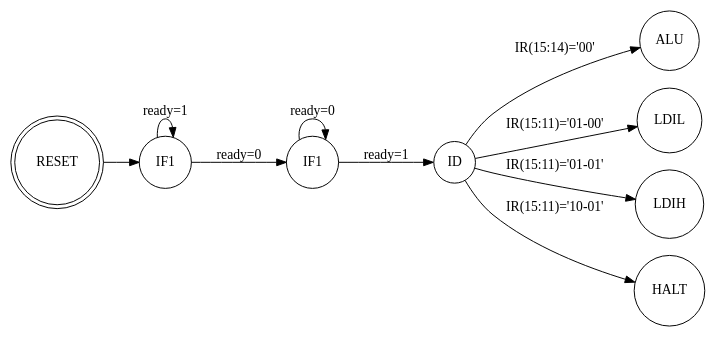
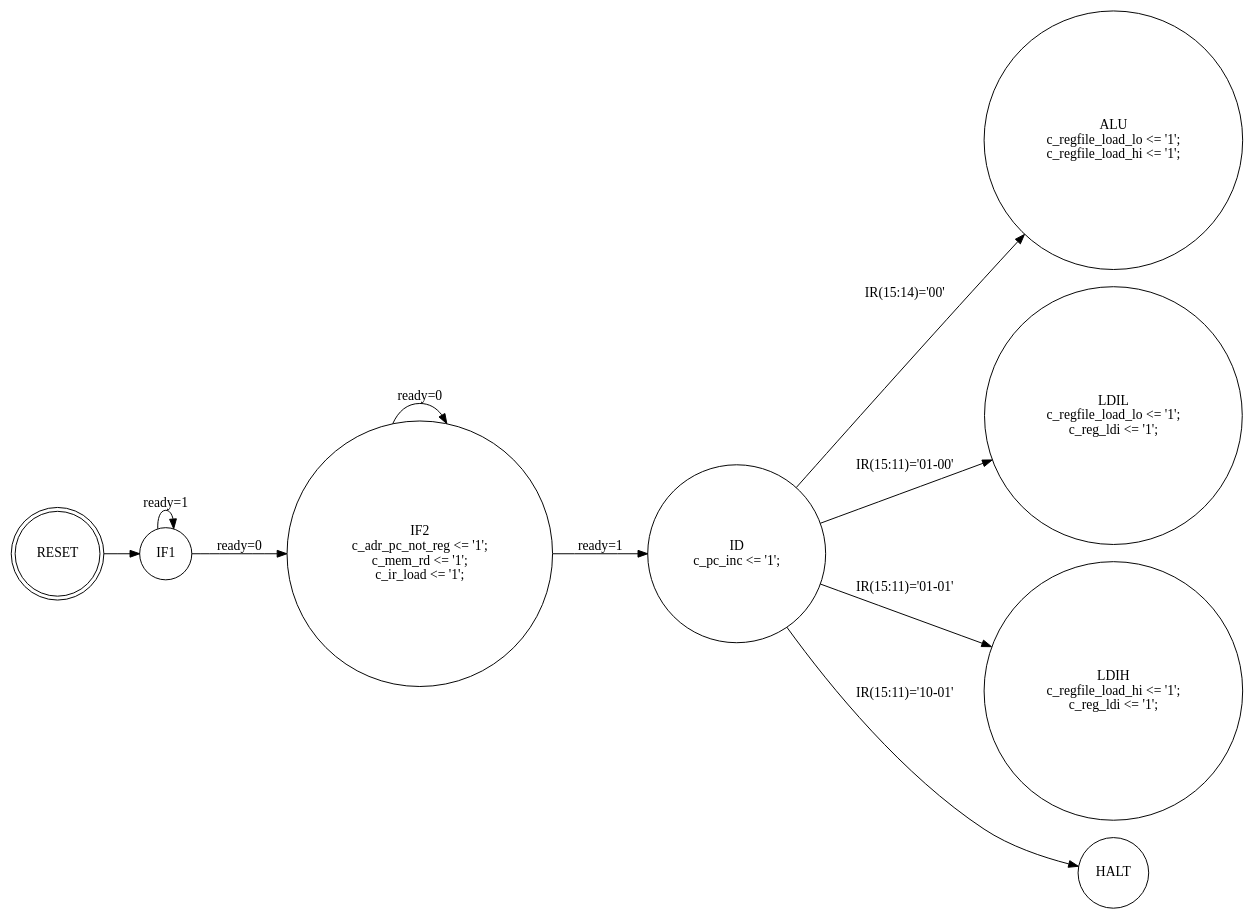
The diagram in controller/state_transition_diagram.dot (kohnmart/hws-viscy-praktikum), drawn with Graphviz before and after one commit. The commit also changed 2 other files, not shown here.

Commit message:
updated state_diagram

```diff
--- a/controller/state_transition_diagram.dot
+++ b/controller/state_transition_diagram.dot
@@ -1,24 +1,24 @@
 digraph StateTransitionDiagram {
     rankdir=LR;  // Set the direction from left to right (LR)
 
     // Define the states
     reset [shape=doublecircle, label="RESET"];
     if1 [shape=circle, label="IF1"];
-    if2 [shape=circle, label="IF1"];
-    id [shape=circle, label="ID"];
-    alu [shape=circle, label="ALU"];
-    ldil [shape=circle, label="LDIL"];
-    ldih [shape=circle, label="LDIH"];
+    if2 [shape=circle, label="IF2\nc_adr_pc_not_reg <= '1';\nc_mem_rd <= '1';\nc_ir_load <= '1';"];
+    id [shape=circle, label="ID\nc_pc_inc <= '1';"];
+    alu [shape=circle, label="ALU\nc_regfile_load_lo <= '1';\nc_regfile_load_hi <= '1';"];
+    ldil [shape=circle, label="LDIL\nc_regfile_load_lo <= '1';\nc_reg_ldi <= '1';"];
+    ldih [shape=circle, label="LDIH\nc_regfile_load_hi <= '1';\nc_reg_ldi <= '1';"];
     halt [shape=circle, label="HALT"];
 
     // Define the transitions
     reset -> if1 [label=""];
     if1 -> if1 [label="ready=1"];
     if1 -> if2 [label="ready=0"];
     if2 -> if2 [label="ready=0"];
     if2 -> id [label="ready=1"];
     id  -> alu [label="IR(15:14)='00'"];
     id  -> ldil [label="IR(15:11)='01-00'"];
     id  -> ldih [label="IR(15:11)='01-01'"];
     id  -> halt [label="IR(15:11)='10-01'"];
 }
```
